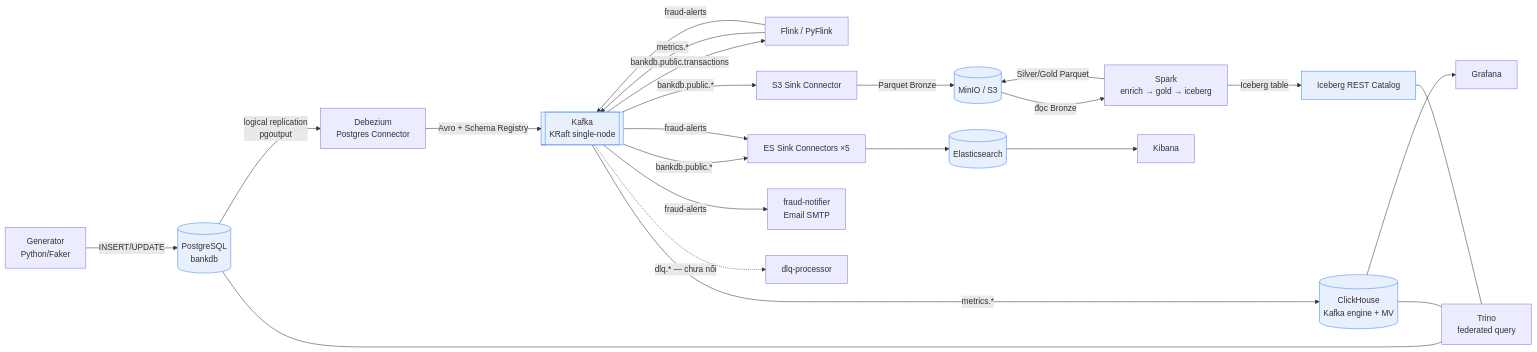
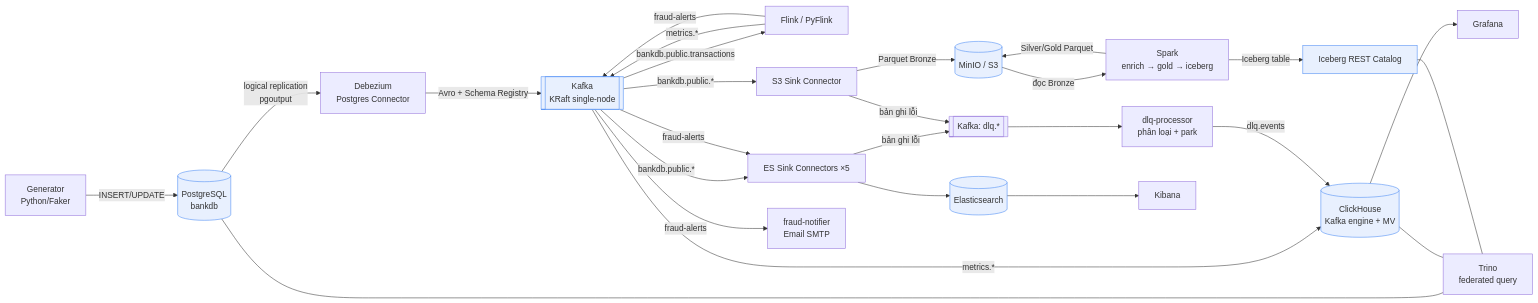
Before and after one commit to chickinone/bigdata_platform: the diagram in docs/architecture/BDP-architecture-overview.md, drawn with Mermaid. The commit also changed other lines of this file and 19 other files, not shown here.

First line of the commit message:
feat(dlq): wire the dead-letter queue flow end to end

````diff
--- a/docs/architecture/BDP-architecture-overview.md
+++ b/docs/architecture/BDP-architecture-overview.md
@@ -23,34 +23,38 @@
 ```mermaid
 flowchart LR
     GEN[Generator<br/>Python/Faker] -->|INSERT/UPDATE| PG[(PostgreSQL<br/>bankdb)]
     PG -->|logical replication<br/>pgoutput| DBZ[Debezium<br/>Postgres Connector]
     DBZ -->|Avro + Schema Registry| K[[Kafka<br/>KRaft single-node]]
 
     K -->|bankdb.public.transactions| FL[Flink / PyFlink]
     K -->|bankdb.public.*| S3SINK[S3 Sink Connector]
     K -->|bankdb.public.*| ESSINK[ES Sink Connectors ×5]
 
     FL -->|metrics.*| K
     FL -->|fraud-alerts| K
 
     K -->|metrics.*| CH[(ClickHouse<br/>Kafka engine + MV)]
     K -->|fraud-alerts| ESSINK
     K -->|fraud-alerts| NOTIF[fraud-notifier<br/>Email SMTP]
-    K -.->|dlq.* — chưa nối| DLQ[dlq-processor]
+
+    ESSINK -->|bản ghi lỗi| KDLQ[[Kafka: dlq.*]]
+    S3SINK -->|bản ghi lỗi| KDLQ
+    KDLQ --> DLQ[dlq-processor<br/>phân loại + park]
+    DLQ -->|dlq.events| CH
 
     S3SINK -->|Parquet Bronze| MINIO[(MinIO / S3)]
     MINIO -->|đọc Bronze| SPARK[Spark<br/>enrich → gold → iceberg]
     SPARK -->|Silver/Gold Parquet| MINIO
     SPARK -->|Iceberg table| ICE[Iceberg REST Catalog]
 
     ESSINK --> ES[(Elasticsearch)]
     ES --> KIB[Kibana]
     CH --> GRAF[Grafana]
 
     PG --- TRINO[Trino<br/>federated query]
     CH --- TRINO
     ICE --- TRINO
 
     classDef store fill:#e8f0fe,stroke:#4285f4;
     class PG,K,CH,MINIO,ES,ICE store;
 ```
````
